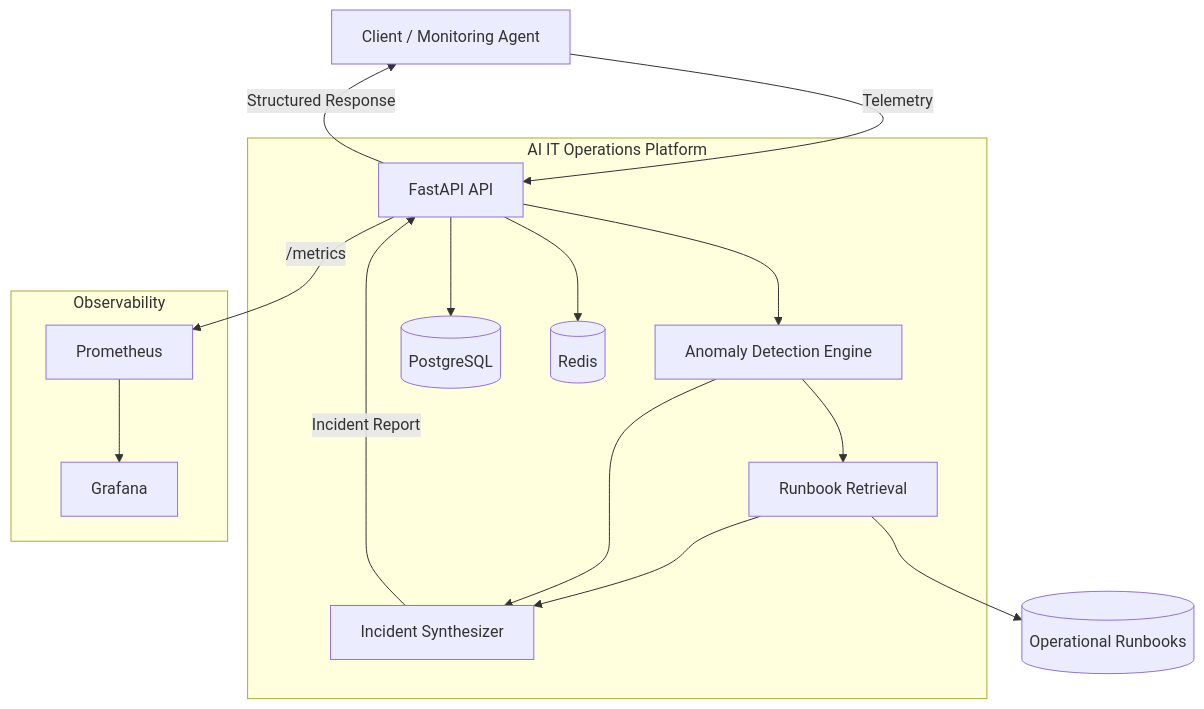
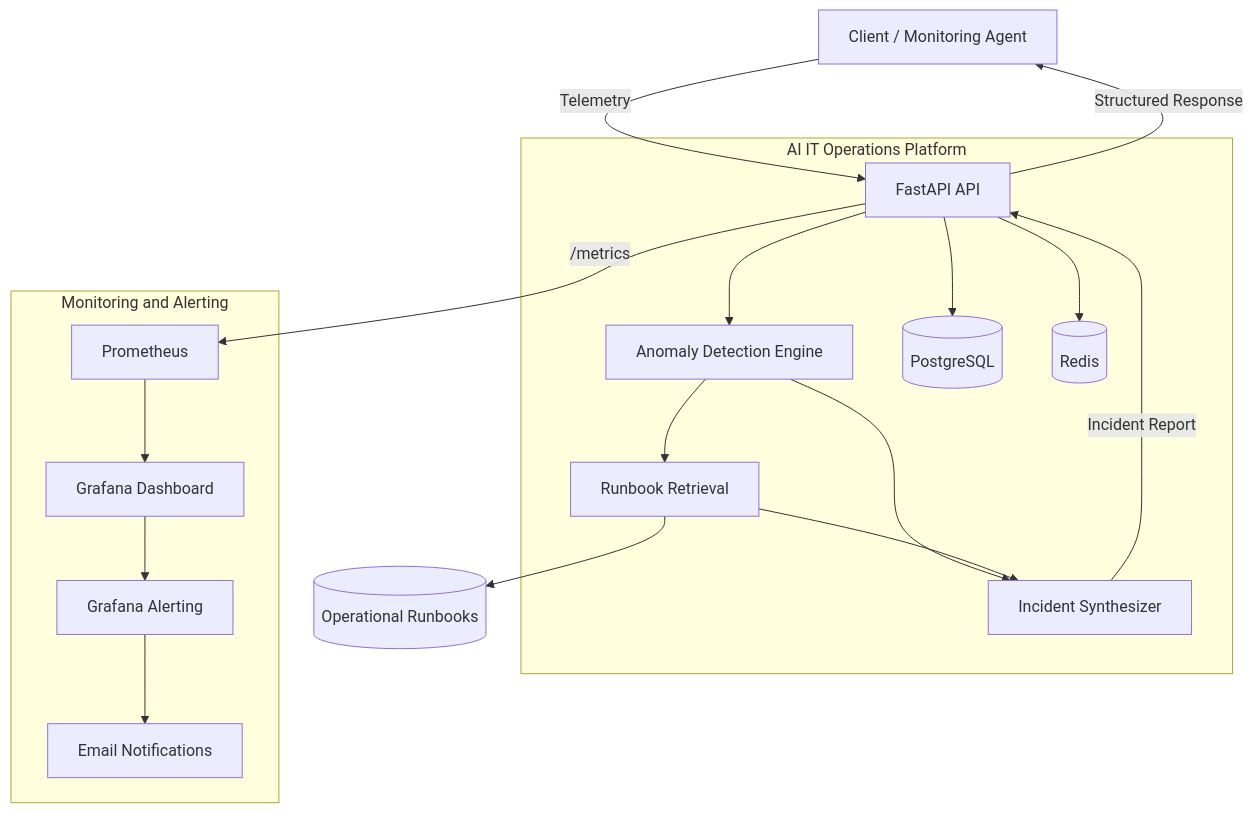
The diagram in README.md (Baqir110/ai-it-ops-assistant), drawn with Mermaid before and after one commit. The commit also changed other lines of this file and 4 other files, not shown here.

Commit message:
Add Grafana alerting email notifications and update documentation

`````diff
--- a/README.md
+++ b/README.md
@@ -53,55 +54,63 @@
 ```mermaid
 flowchart TB
 
     Client["Client / Monitoring Agent"]
 
     subgraph Platform["AI IT Operations Platform"]
 
         API["FastAPI API"]
 
         Engine["Anomaly Detection Engine"]
 
         RAG["Runbook Retrieval"]
 
         Synth["Incident Synthesizer"]
 
         PG[("PostgreSQL")]
 
         Redis[("Redis")]
 
     end
 
     Runbooks[("Operational Runbooks")]
 
-    subgraph Observability["Observability"]
+    subgraph Observability["Monitoring and Alerting"]
 
         Prom["Prometheus"]
 
-        Grafana["Grafana"]
+        Grafana["Grafana Dashboard"]
+
+        Alerting["Grafana Alerting"]
+
+        Email["Email Notifications"]
 
     end
 
     Client -->|"Telemetry"| API
 
     API --> Engine
 
     Engine --> RAG
 
     RAG --> Runbooks
 
+    Engine --> Synth
+
     RAG --> Synth
-
-    Engine --> Synth
 
     Synth -->|"Incident Report"| API
 
     API --> PG
 
     API --> Redis
 
     API -->|"/metrics"| Prom
 
     Prom --> Grafana
 
+    Grafana --> Alerting
+
+    Alerting --> Email
+
     API -->|"Structured Response"| Client
-````
+```
`````
